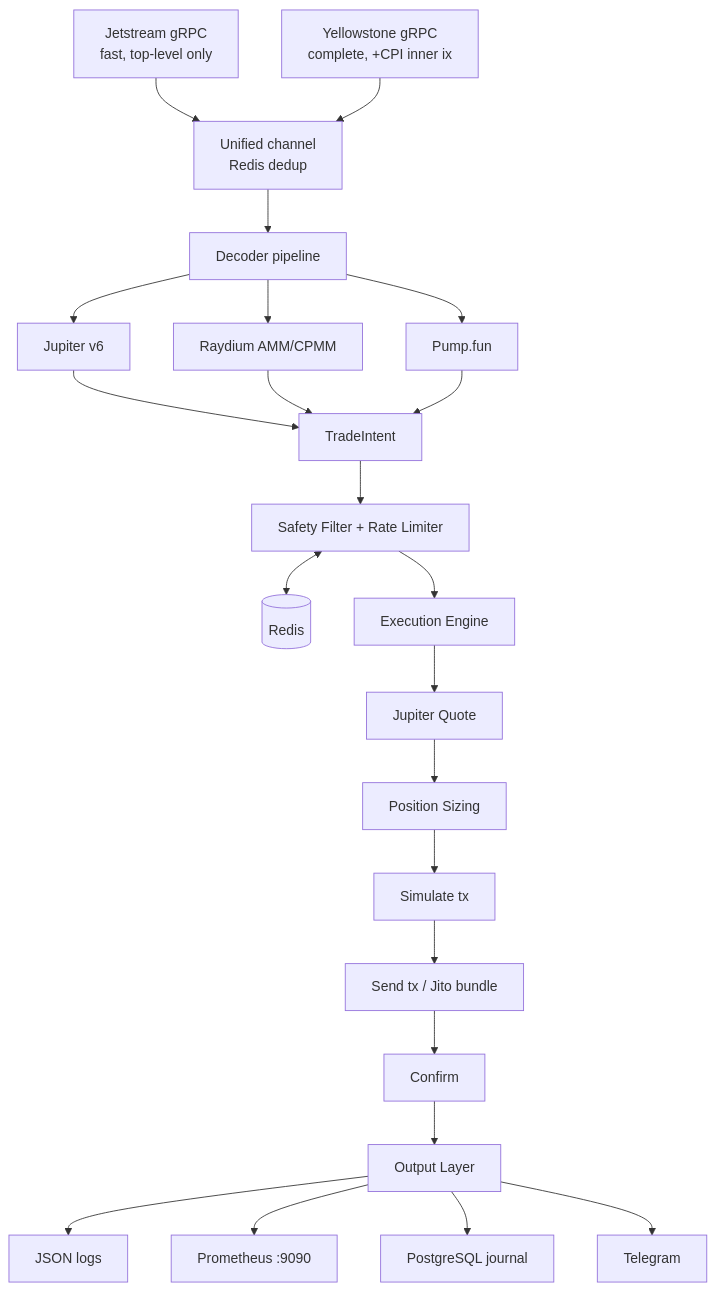
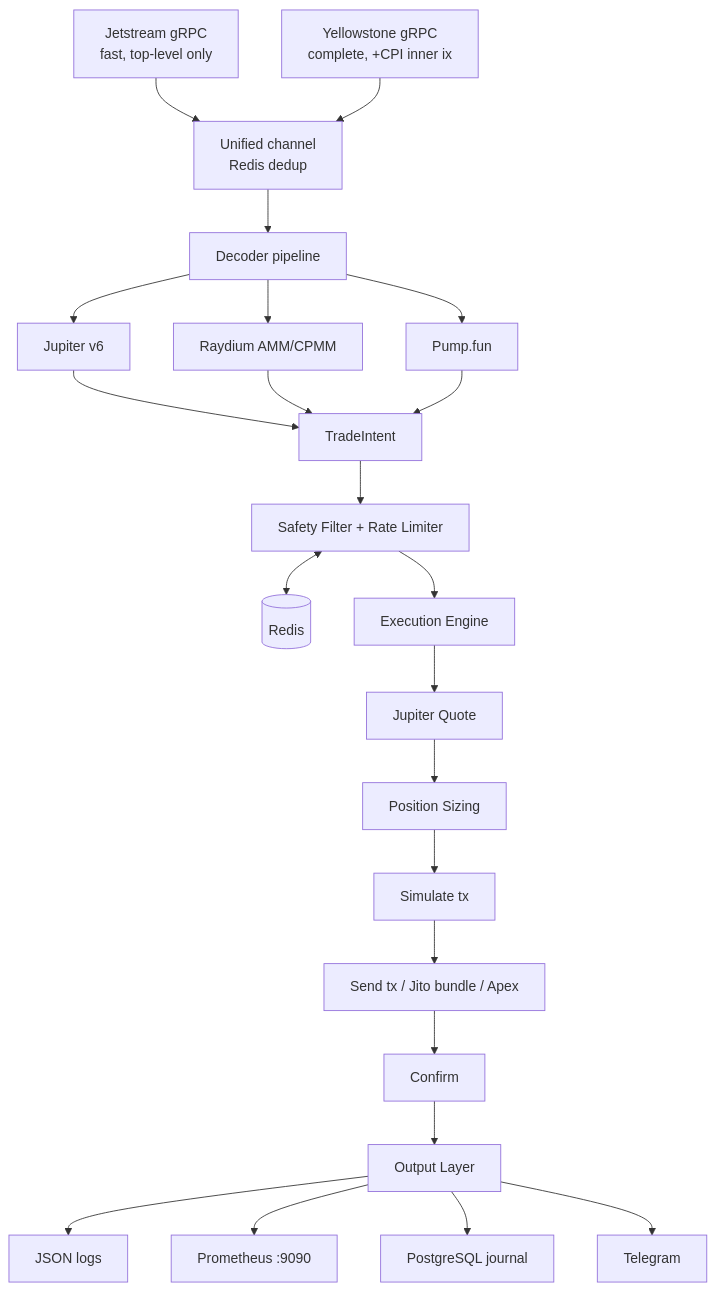
One commit to orbitflare/templates changed the diagram in solana-copy-trader/README.md. Above: the diagram before and after it, drawn with Mermaid. The commit also changed other lines of this file and 19 other files, not shown here.

````diff
--- a/solana-copy-trader/README.md
+++ b/solana-copy-trader/README.md
@@ -11,28 +11,28 @@
 ```mermaid
 flowchart TD
     J[Jetstream gRPC<br/>fast, top-level only] --> M[Unified channel<br/>Redis dedup]
     Y[Yellowstone gRPC<br/>complete, +CPI inner ix] --> M
     M --> C[Decoder pipeline]
 
     C --> C1[Jupiter v6]
     C --> C2[Raydium AMM/CPMM]
     C --> C3[Pump.fun]
 
     C1 & C2 & C3 --> D[TradeIntent]
 
     D --> E[Safety Filter + Rate Limiter]
     E <--> F[(Redis)]
 
     E --> G[Execution Engine]
     G --> G1[Jupiter Quote]
     G1 --> G2[Position Sizing]
     G2 --> G3[Simulate tx]
-    G3 --> G4[Send tx / Jito bundle]
+    G3 --> G4[Send tx / Jito bundle / Apex]
     G4 --> G5[Confirm]
 
     G5 --> H[Output Layer]
     H --> H1[JSON logs]
     H --> H2[Prometheus :9090]
     H --> H3[PostgreSQL journal]
     H --> H4[Telegram]
 ```
````
